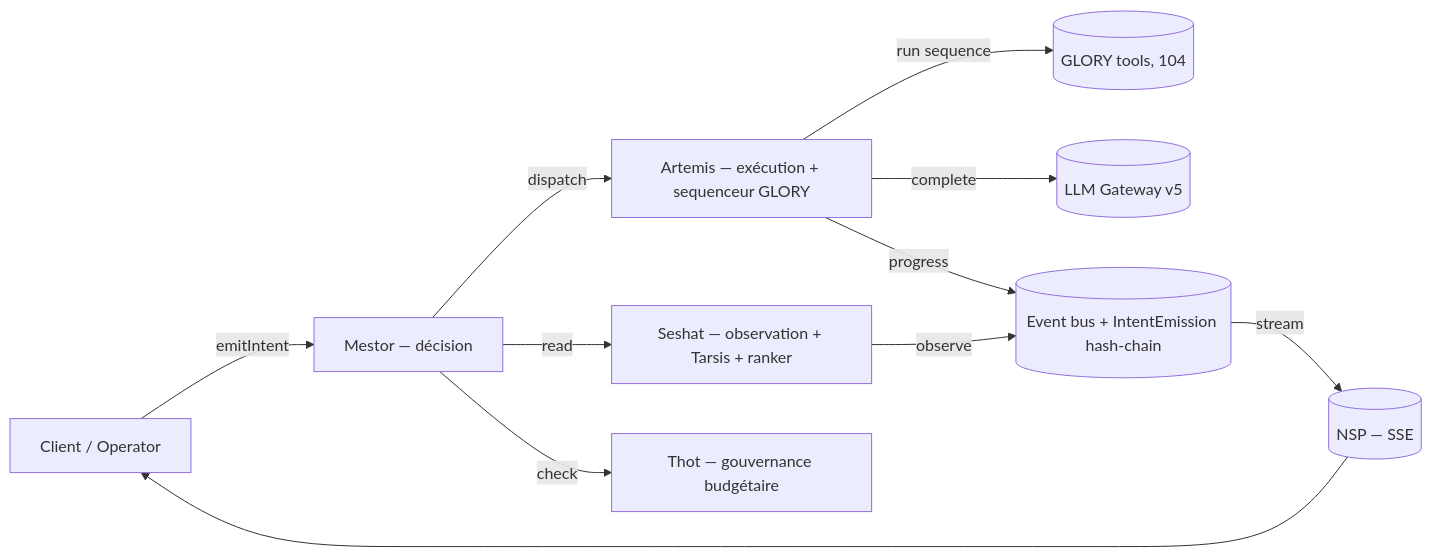
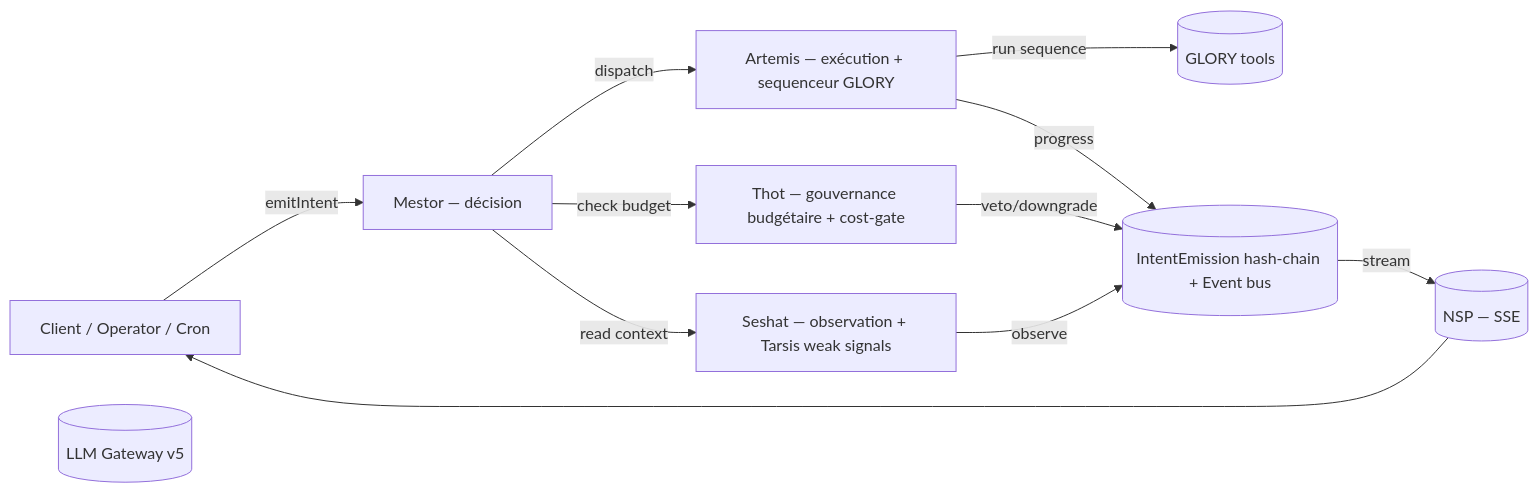
The diagram in README.md (xtincell/ADVE-project), drawn with Mermaid before and after one commit. The commit also changed other lines of this file and 188 other files, not shown here.

````diff
--- a/README.md
+++ b/README.md
@@ -99,23 +59,23 @@
 ```mermaid
 flowchart LR
-  client[Client / Operator]
+  client[Client / Operator / Cron]
   mestor[Mestor — décision]
   artemis[Artemis — exécution + sequenceur GLORY]
-  seshat[Seshat — observation + Tarsis + ranker]
-  thot[Thot — gouvernance budgétaire]
-  glory[(GLORY tools, 104)]
+  seshat[Seshat — observation + Tarsis weak signals]
+  thot[Thot — gouvernance budgétaire + cost-gate]
+  glory[(GLORY tools)]
   llm[(LLM Gateway v5)]
-  bus[(Event bus + IntentEmission hash-chain)]
+  bus[(IntentEmission hash-chain + Event bus)]
   nsp[(NSP — SSE)]
 
   client -- emitIntent --> mestor
-  mestor -- check --> thot
-  mestor -- read --> seshat
+  mestor -- check budget --> thot
+  mestor -- read context --> seshat
   mestor -- dispatch --> artemis
   artemis -- run sequence --> glory
-  artemis -- complete --> llm
   artemis -- progress --> bus
+  thot -- veto/downgrade --> bus
   seshat -- observe --> bus
   bus -- stream --> nsp
   nsp --> client
 ```
````
